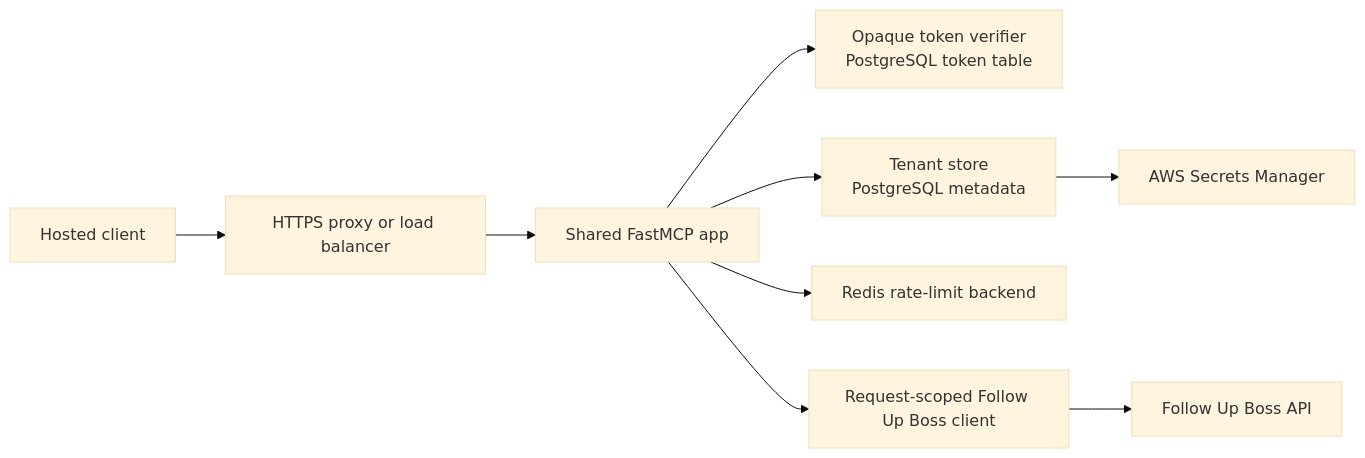
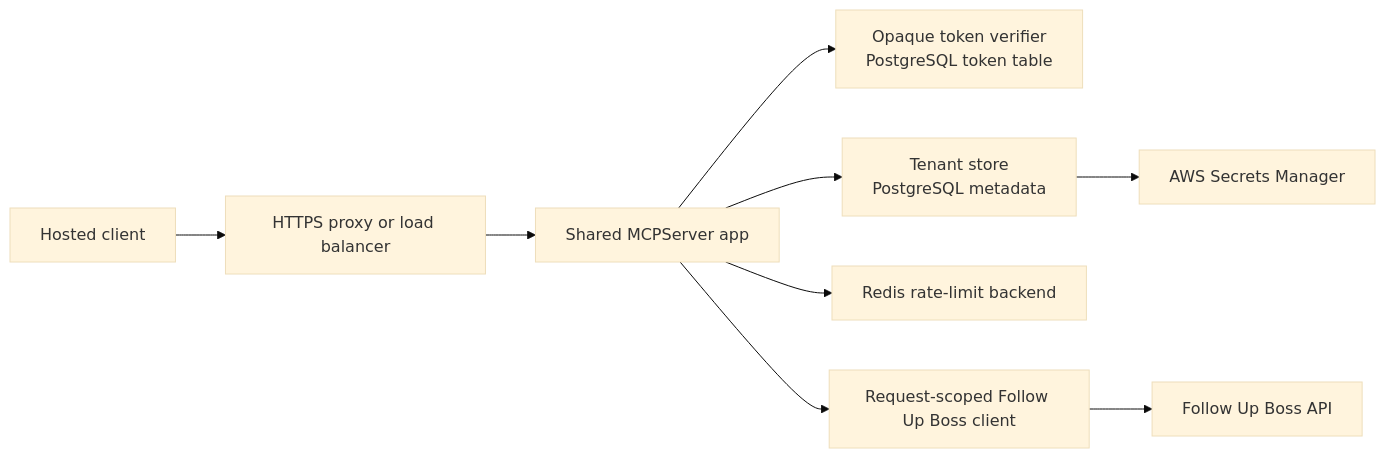
One commit to theperrygroup/Follow-Up-Boss-MCP changed the diagram in docs/hosted-deployment-guide.md. Above: the diagram before and after it, drawn with Mermaid (base theme). The commit also changed other lines of this file and 47 other files, not shown here.

````diff
--- a/docs/hosted-deployment-guide.md
+++ b/docs/hosted-deployment-guide.md
@@ -51,11 +51,11 @@
 ```mermaid
 flowchart LR
     A["Hosted client"] --> B["HTTPS proxy or load balancer"]
-    B --> C["Shared FastMCP app"]
+    B --> C["Shared MCPServer app"]
     C --> D["Opaque token verifier\nPostgreSQL token table"]
     C --> E["Tenant store\nPostgreSQL metadata"]
     E --> F["AWS Secrets Manager"]
     C --> G["Redis rate-limit backend"]
     C --> H["Request-scoped Follow Up Boss client"]
     H --> I["Follow Up Boss API"]
 ```
````
